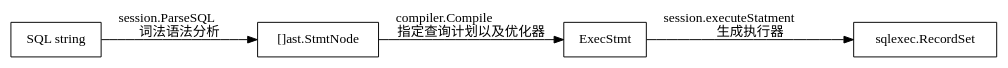
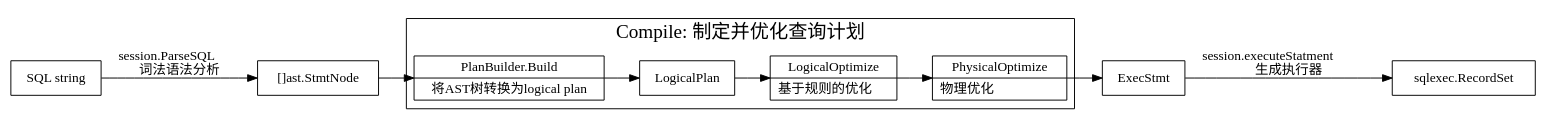
One commit to xieyu/blog changed the diagram in src/tidb/dot/sql-to-resultset.dot. Above: the diagram before and after it, drawn with Graphviz. The commit also changed 75 other files, not shown here.

```diff
--- a/src/tidb/dot/sql-to-resultset.dot
+++ b/src/tidb/dot/sql-to-resultset.dot
@@ -1,13 +1,39 @@
 digraph sql_to_resultset {
   node[shape=box];
   newrank=true;
   rankdir=LR;
 
   SQLString[label="SQL string"];
   StmtNode [label="[]ast.StmtNode"];
   recordSet[label="sqlexec.RecordSet"];
 
   SQLString -> StmtNode[label="session.ParseSQL\l词法语法分析"];
-  StmtNode -> ExecStmt[label="compiler.Compile\l指定查询计划以及优化器"];
   ExecStmt -> recordSet[label="session.executeStatment\l生成执行器"];
+  subgraph cluster_Compile {
+    graph[label="Compile: 制定并优化查询计划";fontsize=20;];
+    LogicalOptimize[
+      shape="record";
+      label="{{
+      LogicalOptimize|
+      基于规则的优化\l
+      }}";
+    ];
+    PhysicalOptimize[
+      shape="record";
+      label="{{
+      PhysicalOptimize|
+      物理优化\l
+      }}";
+    ];
+    PlanBuilder[
+      shape="record";
+      label="{{
+      PlanBuilder.Build|
+      将AST树转换为logical plan
+      }}";
+    ];
+    PlanBuilder -> LogicalPlan -> LogicalOptimize -> PhysicalOptimize;
+  }
+  StmtNode ->  PlanBuilder;
+  PhysicalOptimize -> ExecStmt;
 }
```
